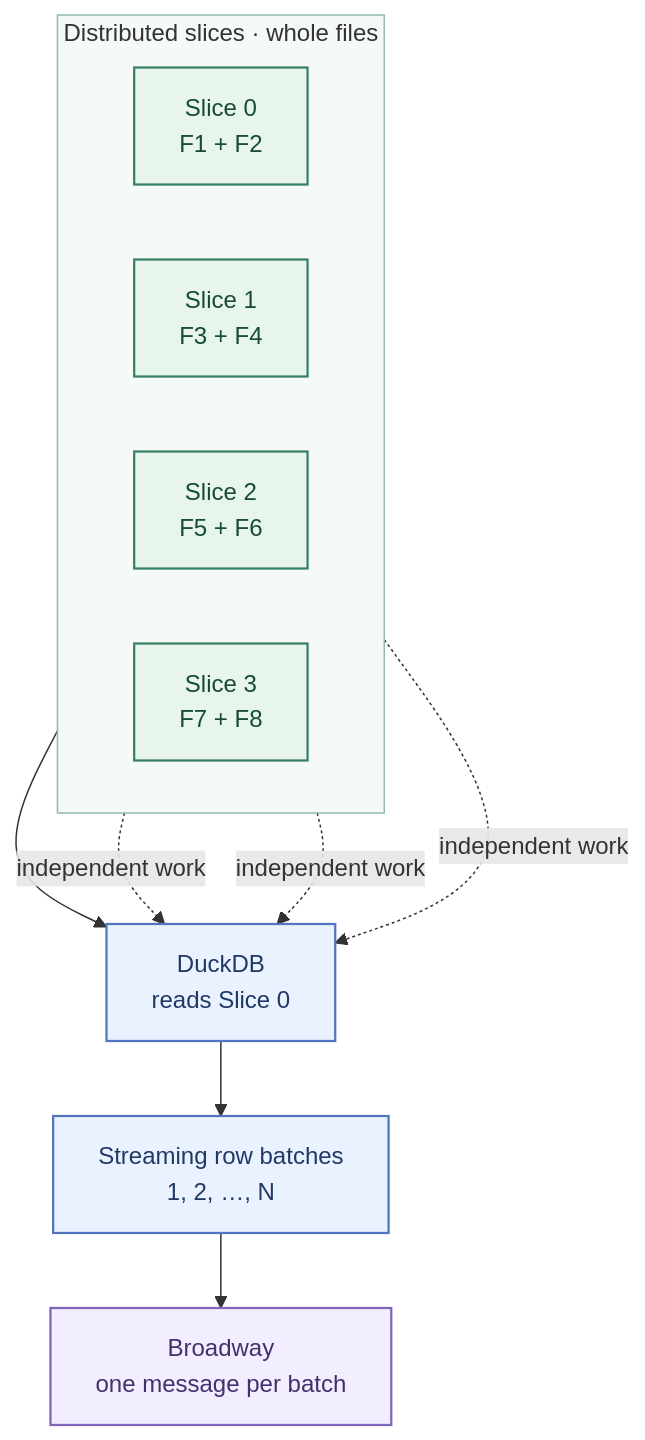
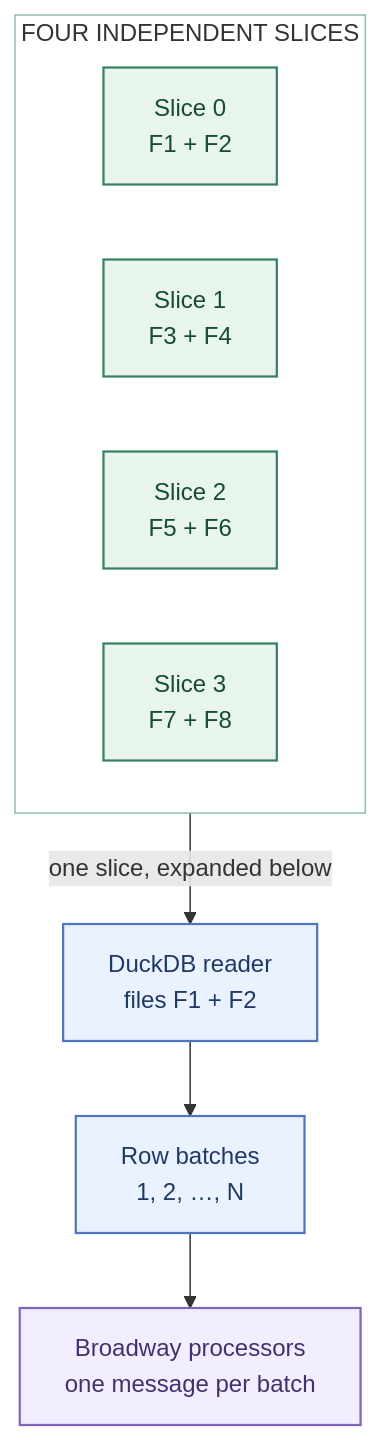
The third of 5 diagrams in guides/iceberg-and-duckdb.md (efcasado/off_broadway_iceberg), drawn with Mermaid before and after one commit. The commit also changed other lines of this file, not shown here.

Commit message:
docs: clarify Mermaid data flow and independent slice readers

````diff
--- a/guides/iceberg-and-duckdb.md
+++ b/guides/iceberg-and-duckdb.md
@@ -272,25 +270,22 @@
 ```mermaid
 flowchart TB
-    subgraph Slices["Distributed slices · whole files"]
+    subgraph Work["FOUR INDEPENDENT SLICES"]
         direction LR
         S0["Slice 0<br/>F1 + F2"]
         S1["Slice 1<br/>F3 + F4"]
         S2["Slice 2<br/>F5 + F6"]
         S3["Slice 3<br/>F7 + F8"]
     end
 
-    S0 --> D["DuckDB<br/>reads Slice 0"]
-    D --> B["Streaming row batches<br/>1, 2, …, N"]
-    B --> P["Broadway<br/>one message per batch"]
-    S1 -.->|independent work| D
-    S2 -.->|independent work| D
-    S3 -.->|independent work| D
+    S0 -->|one slice, expanded below| D["DuckDB reader<br/>files F1 + F2"]
+    D --> M["Row batches<br/>1, 2, …, N"]
+    M --> P["Broadway processors<br/>one message per batch"]
 
     classDef slice fill:#e7f5ed,stroke:#378263,color:#174b38,stroke-width:1.5px
     classDef stream fill:#eaf1ff,stroke:#5275bd,color:#203965,stroke-width:1.5px
     classDef process fill:#f2edff,stroke:#8066bb,color:#42316c,stroke-width:1.5px
     class S0,S1,S2,S3 slice
-    class D,B stream
+    class D,M stream
     class P process
-    style Slices fill:#3782630c,stroke:#92bca9
+    style Work fill:transparent,stroke:#92bca9
 ```
````
